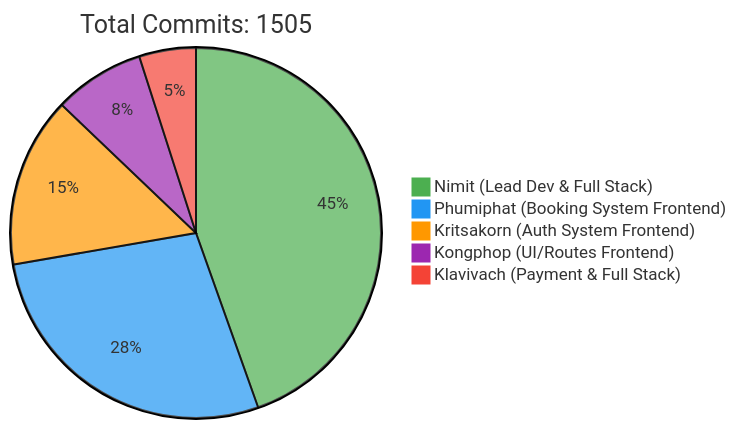
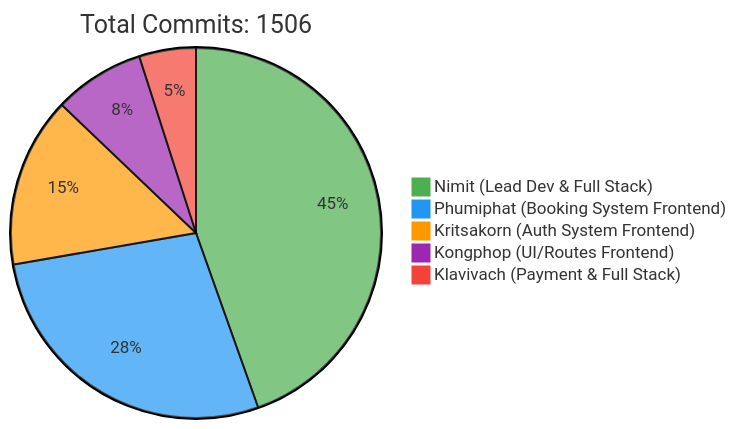
One commit to 6531503042/Sport-Complex changed the first of 2 diagrams in README.md. Above: the diagram before and after it, drawn with Mermaid. The commit also changed other lines of this file, not shown here.

Commit message:
docs: Update contributor statistics [skip ci]

````diff
--- a/README.md
+++ b/README.md
@@ -257,10 +257,10 @@
 ```mermaid
 %%{init: {'theme': 'base', 'themeVariables': { 'pie1': '#4CAF50', 'pie2': '#2196F3', 'pie3': '#FF9800', 'pie4': '#9C27B0', 'pie5': '#F44336'}}}%%
 pie
-    title Total Commits: 1505
+    title Total Commits: 1506
     "Nimit (Lead Dev & Full Stack)" : 450
     "Phumiphat (Booking System Frontend)" : 280
     "Kritsakorn (Auth System Frontend)" : 150
     "Kongphop (UI/Routes Frontend)" : 80
     "Klavivach (Payment & Full Stack)" : 50
 ```
````
